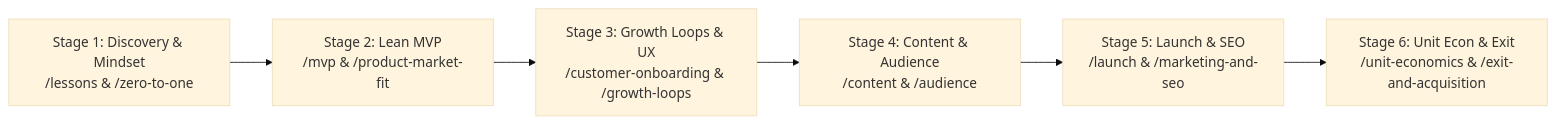
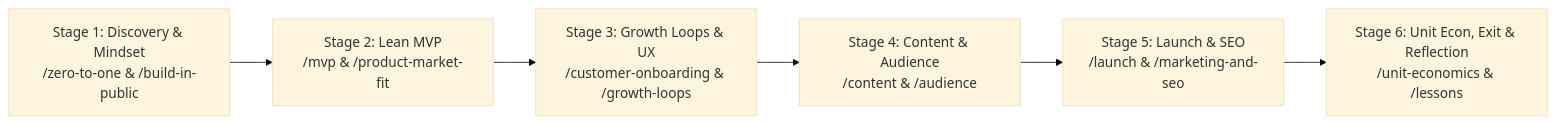
One commit to TheInPublic/buildinpublic changed the second of 2 diagrams in README.md. Above: the diagram before and after it, drawn with Mermaid (base theme). The commit also changed other lines of this file and 25 other files, not shown here.

Commit message:
docs: expand all 26 modules with first-principles frameworks, diagrams and playbooks

````diff
--- a/README.md
+++ b/README.md
@@ -86,8 +86,8 @@
 ```mermaid
 flowchart LR
-    S1[Stage 1: Discovery & Mindset<br/>/lessons & /zero-to-one] --> S2[Stage 2: Lean MVP<br/>/mvp & /product-market-fit]
+    S1[Stage 1: Discovery & Mindset<br/>/zero-to-one & /build-in-public] --> S2[Stage 2: Lean MVP<br/>/mvp & /product-market-fit]
     S2 --> S3[Stage 3: Growth Loops & UX<br/>/customer-onboarding & /growth-loops]
     S3 --> S4[Stage 4: Content & Audience<br/>/content & /audience]
     S4 --> S5[Stage 5: Launch & SEO<br/>/launch & /marketing-and-seo]
-    S5 --> S6[Stage 6: Unit Econ & Exit<br/>/unit-economics & /exit-and-acquisition]
+    S5 --> S6[Stage 6: Unit Econ, Exit & Reflection<br/>/unit-economics & /lessons]
 ```
````
